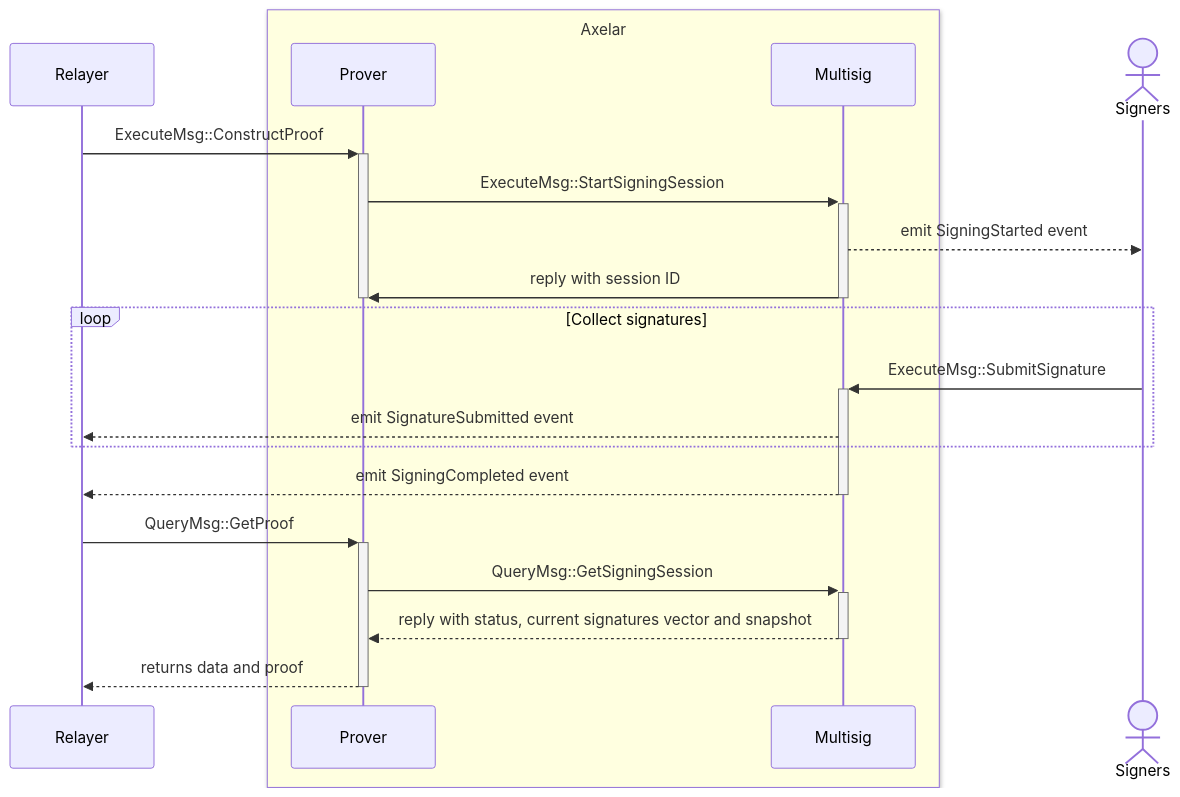
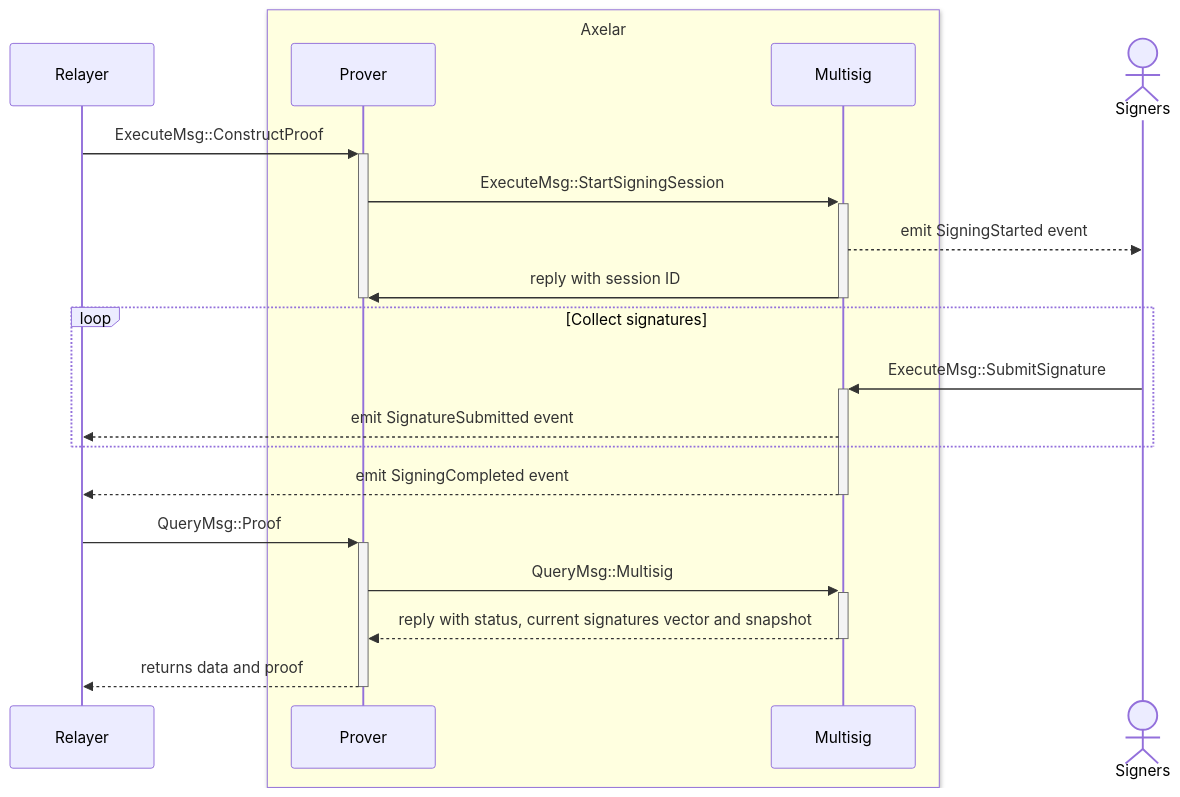
The second of 3 diagrams in doc/src/contracts/multisig.md (axelarnetwork/axelar-amplifier), drawn with Mermaid before and after one commit. The commit also changed other lines of this file and 6 other files, not shown here.

````diff
--- a/doc/src/contracts/multisig.md
+++ b/doc/src/contracts/multisig.md
@@ -33,26 +33,26 @@
 ```mermaid
 sequenceDiagram
 participant Relayer
 box LightYellow Axelar
 participant Prover
 participant Multisig
 end
 actor Signers
 
 
 Relayer->>+Prover: ExecuteMsg::ConstructProof
 Prover->>+Multisig: ExecuteMsg::StartSigningSession
 Multisig-->>Signers: emit SigningStarted event
 Multisig->>-Prover: reply with session ID
 deactivate Prover
 loop Collect signatures
   Signers->>+Multisig: ExecuteMsg::SubmitSignature
   Multisig-->>Relayer: emit SignatureSubmitted event
 end
 Multisig-->>-Relayer: emit SigningCompleted event
-Relayer->>+Prover: QueryMsg::GetProof
-Prover->>+Multisig: QueryMsg::GetSigningSession
+Relayer->>+Prover: QueryMsg::Proof
+Prover->>+Multisig: QueryMsg::Multisig
 Multisig-->>-Prover: reply with status, current signatures vector and snapshot
 Prover-->>-Relayer: returns data and proof
 
 ```
````
